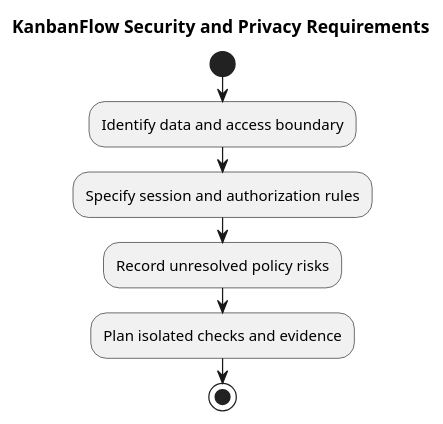
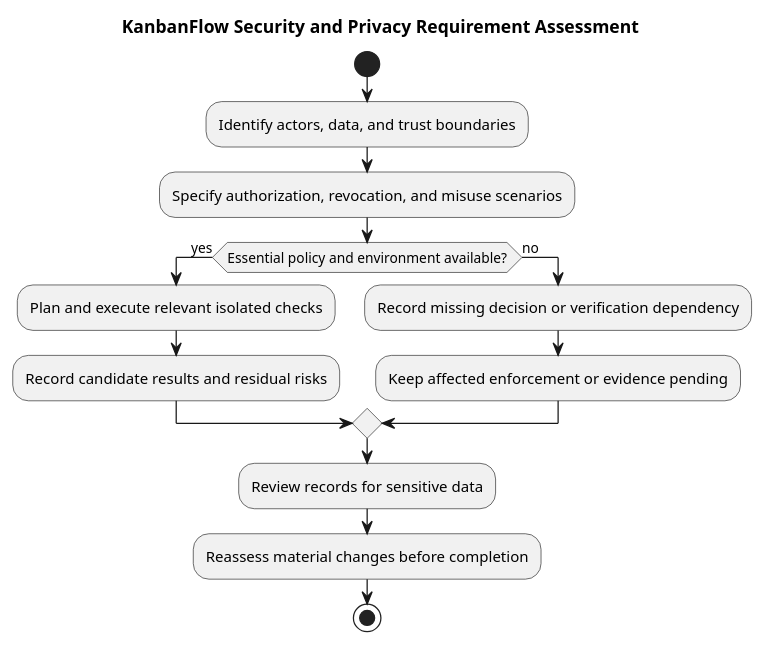
One commit to Farhad-Valizadegan/Web-KanbanFlow changed the diagram in docs/SDLC/02-requirements/security-and-privacy-requirements.md. Above: the diagram before and after it, drawn with PlantUML. The commit also changed other lines of this file and 2 other files, not shown here.

Commit message:
docs: complete security privacy controls and evidence requirements

````diff
--- a/docs/SDLC/02-requirements/security-and-privacy-requirements.md
+++ b/docs/SDLC/02-requirements/security-and-privacy-requirements.md
@@ -57,11 +137,18 @@
 ```plantuml
 @startuml
-title KanbanFlow Security and Privacy Requirements
+title KanbanFlow Security and Privacy Requirement Assessment
 start
-:Identify data and access boundary;
-:Specify session and authorization rules;
-:Record unresolved policy risks;
-:Plan isolated checks and evidence;
+:Identify actors, data, and trust boundaries;
+:Specify authorization, revocation, and misuse scenarios;
+if (Essential policy and environment available?) then (yes)
+ :Plan and execute relevant isolated checks;
+ :Record candidate results and residual risks;
+else (no)
+ :Record missing decision or verification dependency;
+ :Keep affected enforcement or evidence pending;
+endif
+:Review records for sensitive data;
+:Reassess material changes before completion;
 stop
 @enduml
 ```
````
